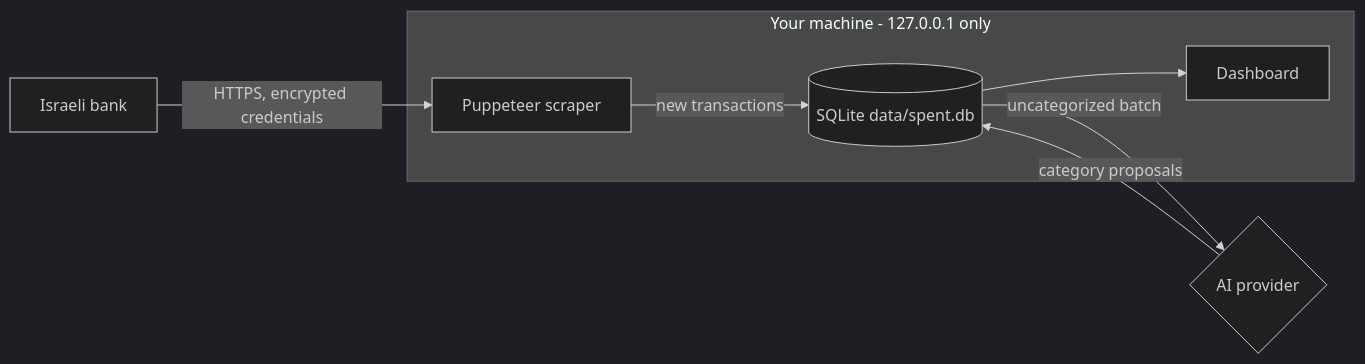
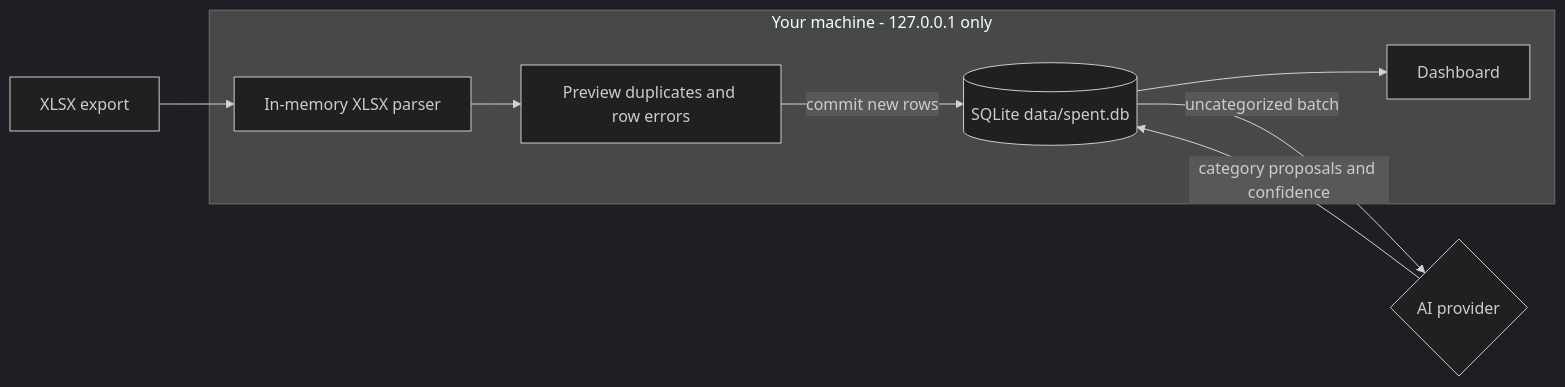
Before and after one commit to AviranRSX/Spent: the diagram in README.md, drawn with Mermaid (dark theme). The commit also changed other lines of this file, not shown here.

````diff
--- a/README.md
+++ b/README.md
@@ -153,20 +153,23 @@
 ```mermaid
 flowchart LR
-    Bank[Israeli bank]
-    Scraper[Puppeteer scraper]
+    File[XLSX export]
+    Parser[In-memory XLSX parser]
+    Preview[Preview duplicates and row errors]
     DB[(SQLite data/spent.db)]
     AI{AI provider}
     UI[Dashboard]
 
-    Bank -->|HTTPS, encrypted credentials| Scraper
-    Scraper -->|new transactions| DB
+    File --> Parser
+    Parser --> Preview
+    Preview -->|commit new rows| DB
     DB -->|uncategorized batch| AI
-    AI -->|category proposals| DB
+    AI -->|category proposals and confidence| DB
     DB --> UI
 
     subgraph LocalMachine[Your machine - 127.0.0.1 only]
-        Scraper
+        Parser
+        Preview
         DB
         UI
     end
 ```
````
